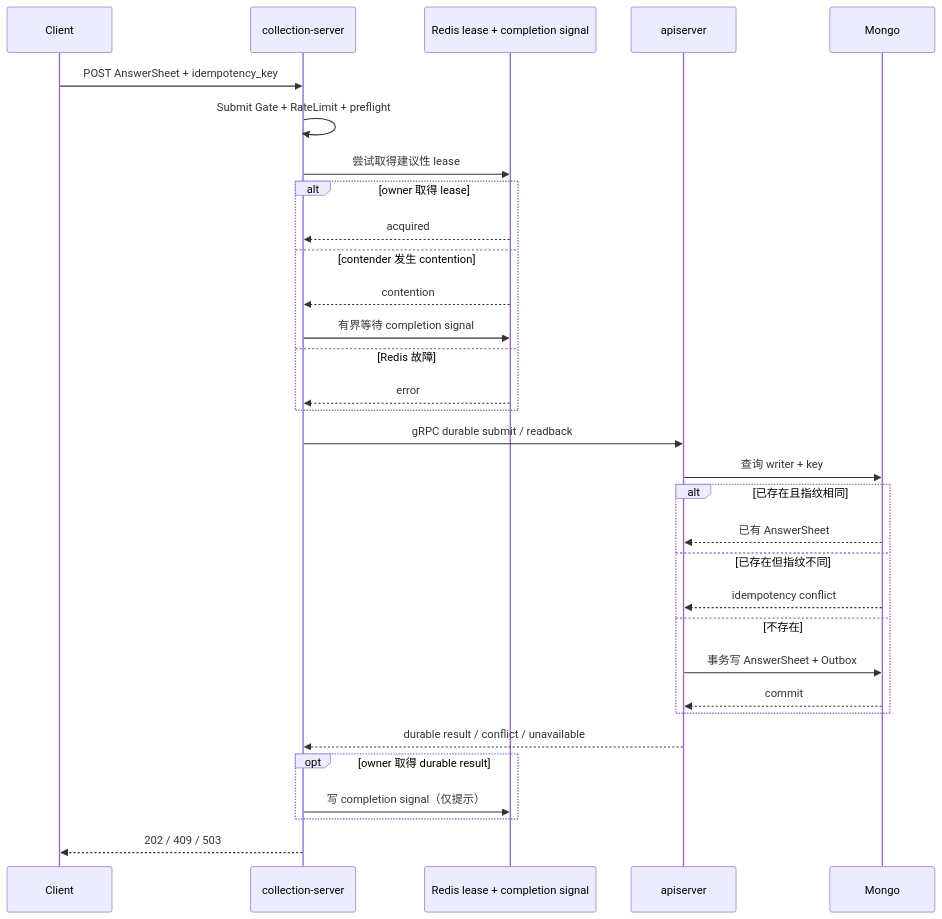
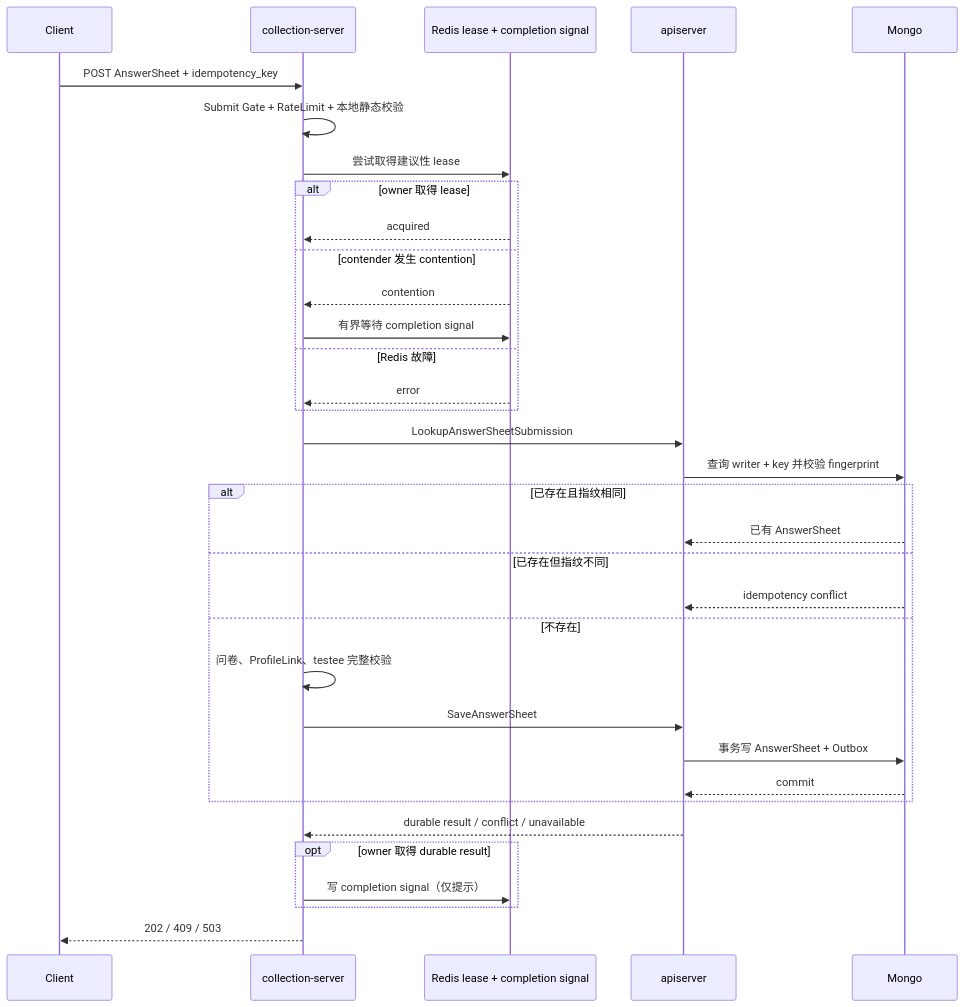
One commit to FangcunMount/qs-server changed the diagram in docs/03-基础设施/concurrency/30-可靠提交-跨实例合并与幂等.md. Above: the diagram before and after it, drawn with Mermaid. The commit also changed other lines of this file and 29 other files, not shown here.

First line of the commit message:
feat(submission): 添加 LookupAnswerSheetSubmission RPC 以支持持久化答卷的回读

````diff
--- a/docs/03-基础设施/concurrency/30-可靠提交-跨实例合并与幂等.md
+++ b/docs/03-基础设施/concurrency/30-可靠提交-跨实例合并与幂等.md
@@ -23,35 +23,37 @@
 ```mermaid
 sequenceDiagram
     participant C as Client
     participant CS as collection-server
     participant R as Redis lease + completion signal
     participant API as apiserver
     participant M as Mongo
 
     C->>CS: POST AnswerSheet + idempotency_key
-    CS->>CS: Submit Gate + RateLimit + preflight
+    CS->>CS: Submit Gate + RateLimit + 本地静态校验
     CS->>R: 尝试取得建议性 lease
     alt owner 取得 lease
         R-->>CS: acquired
     else contender 发生 contention
         R-->>CS: contention
         CS->>R: 有界等待 completion signal
     else Redis 故障
         R-->>CS: error
     end
-    CS->>API: gRPC durable submit / readback
-    API->>M: 查询 writer + key
+    CS->>API: LookupAnswerSheetSubmission
+    API->>M: 查询 writer + key 并校验 fingerprint
     alt 已存在且指纹相同
         M-->>API: 已有 AnswerSheet
     else 已存在但指纹不同
         M-->>API: idempotency conflict
     else 不存在
+        CS->>CS: 问卷、ProfileLink、testee 完整校验
+        CS->>API: SaveAnswerSheet
         API->>M: 事务写 AnswerSheet + Outbox
         M-->>API: commit
     end
     API-->>CS: durable result / conflict / unavailable
     opt owner 取得 durable result
         CS->>R: 写 completion signal（仅提示）
     end
     CS-->>C: 202 / 409 / 503
 ```
````
